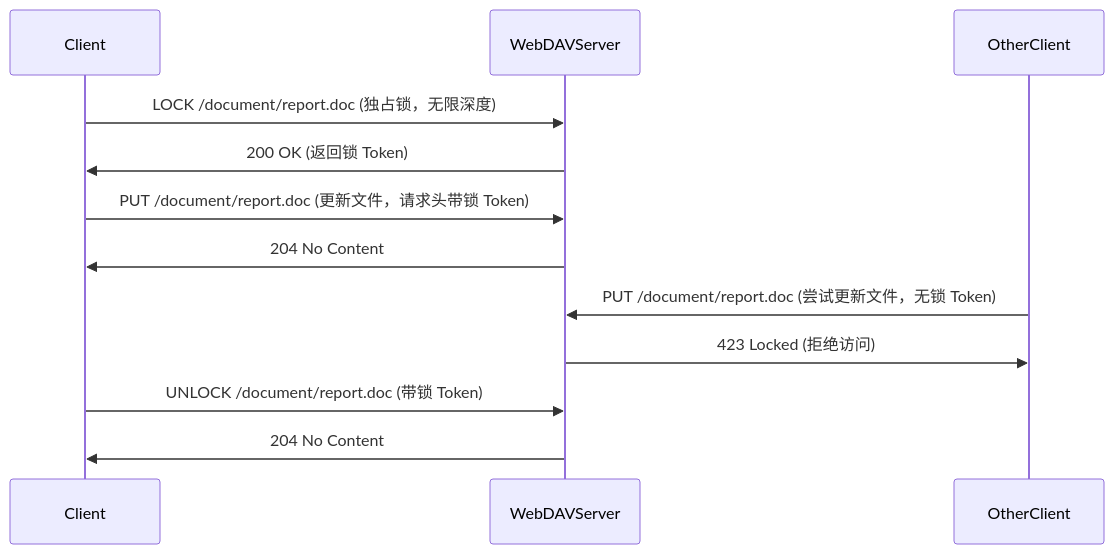
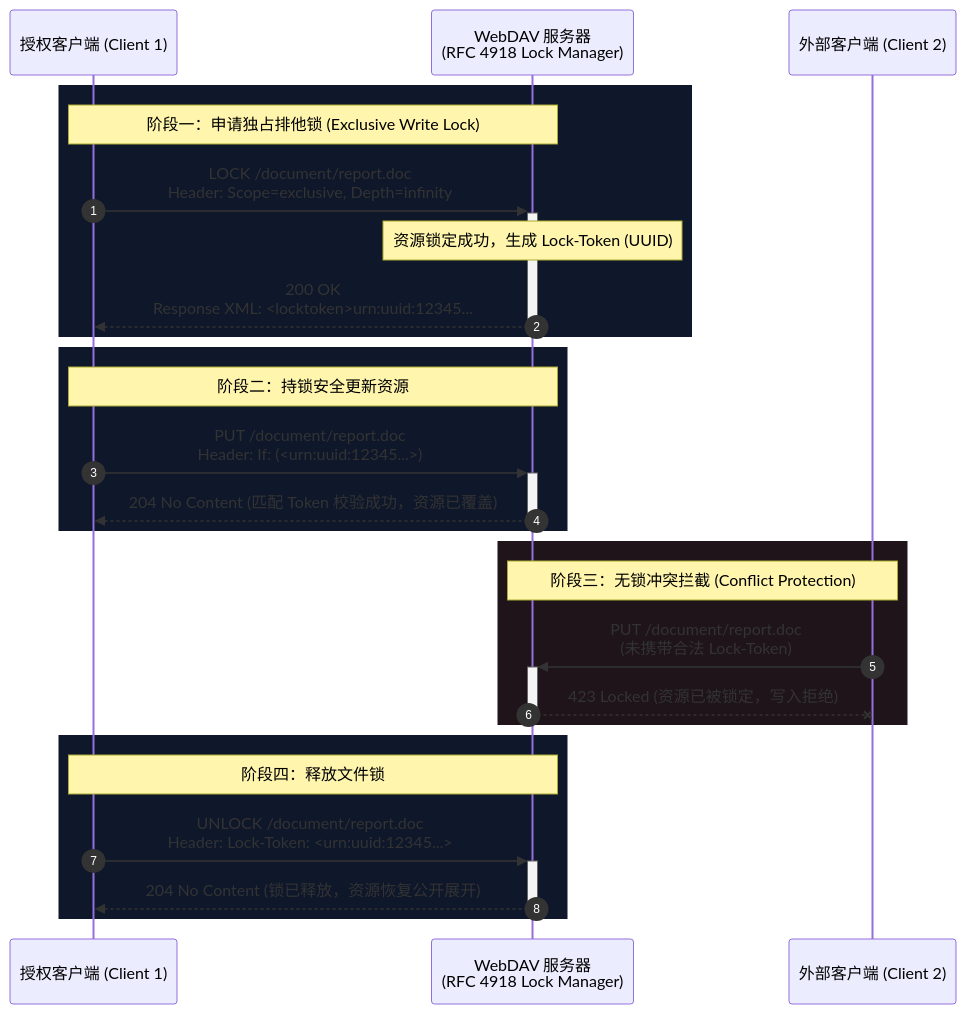
The diagram in source/_posts/2024/2024-12-02_WebDAV详解：基于HTTP的分布式文件管理协议.md (teatang/t-blog), drawn with Mermaid before and after one commit. The commit also changed 26 other files, not shown here.

```diff
--- a/source/_posts/2024/2024-12-02_WebDAV详解：基于HTTP的分布式文件管理协议.md
+++ b/source/_posts/2024/2024-12-02_WebDAV详解：基于HTTP的分布式文件管理协议.md
@@ -103,17 +103,32 @@
 {% mermaid %}
 sequenceDiagram
-    participant Client
-    participant WebDAVServer
+    autonumber
+    participant C1 as 授权客户端 (Client 1)
+    participant Server as WebDAV 服务器<br/>(RFC 4918 Lock Manager)
+    participant C2 as 外部客户端 (Client 2)
 
-    Client->>WebDAVServer: LOCK /document/report.doc (独占锁，无限深度)
-    WebDAVServer->>Client: 200 OK (返回锁 Token)
+    rect rgb(15, 23, 42)
+        Note over C1,Server: 阶段一：申请独占排他锁 (Exclusive Write Lock)
+        C1->>+Server: LOCK /document/report.doc<br/>Header: Scope=exclusive, Depth=infinity
+        Note over Server: 资源锁定成功，生成 Lock-Token (UUID)
+        Server-->>-C1: 200 OK<br/>Response XML: <locktoken>urn:uuid:12345...
+    end
 
-    Client->>WebDAVServer: PUT /document/report.doc (更新文件，请求头带锁 Token)
-    WebDAVServer->>Client: 204 No Content
+    rect rgb(15, 23, 42)
+        Note over C1,Server: 阶段二：持锁安全更新资源
+        C1->>+Server: PUT /document/report.doc<br/>Header: If: (<urn:uuid:12345...>)
+        Server-->>-C1: 204 No Content (匹配 Token 校验成功，资源已覆盖)
+    end
 
-    OtherClient->>WebDAVServer: PUT /document/report.doc (尝试更新文件，无锁 Token)
-    WebDAVServer->>OtherClient: 423 Locked (拒绝访问)
+    rect rgb(30, 20, 25)
+        Note over Server,C2: 阶段三：无锁冲突拦截 (Conflict Protection)
+        C2->>+Server: PUT /document/report.doc<br/>(未携带合法 Lock-Token)
+        Server--x-C2: 423 Locked (资源已被锁定，写入拒绝)
+    end
 
-    Client->>WebDAVServer: UNLOCK /document/report.doc (带锁 Token)
-    WebDAVServer->>Client: 204 No Content
+    rect rgb(15, 23, 42)
+        Note over C1,Server: 阶段四：释放文件锁
+        C1->>+Server: UNLOCK /document/report.doc<br/>Header: Lock-Token: <urn:uuid:12345...>
+        Server-->>-C1: 204 No Content (锁已释放，资源恢复公开展开)
+    end
 {% endmermaid %}
```
